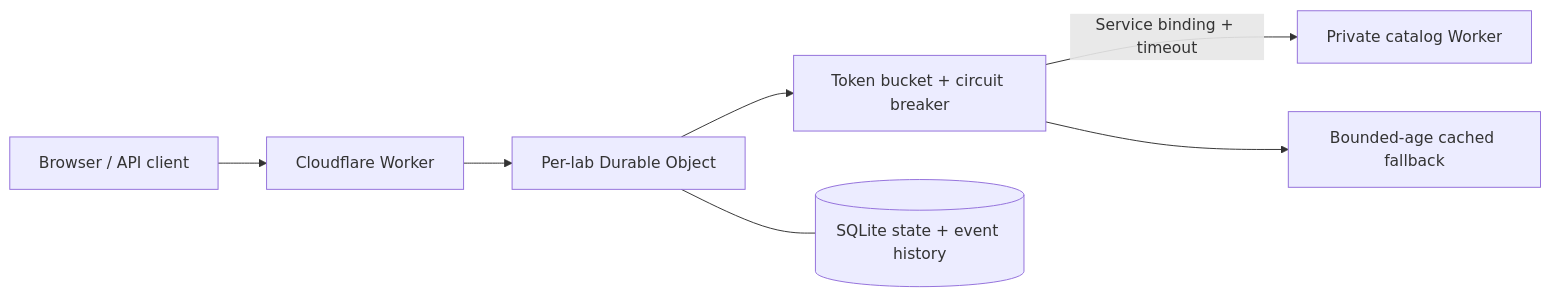
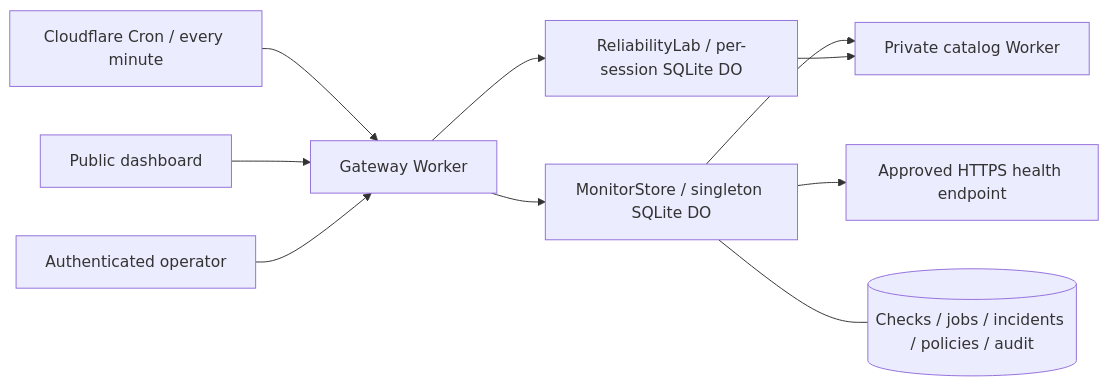
Before and after one commit to HenryWashuHe/edgelab: the diagram in README.md, drawn with Mermaid. The commit also changed other lines of this file and 32 other files, not shown here.

````diff
--- a/README.md
+++ b/README.md
@@ -38,9 +45,12 @@
 ```mermaid
 flowchart LR
-    B[Browser / API client] --> W[Cloudflare Worker]
-    W --> D[Per-lab Durable Object]
-    D --> T[Token bucket + circuit breaker]
-    T -->|Service binding + timeout| O[Private catalog Worker]
-    T --> C[Bounded-age cached fallback]
-    D --- S[(SQLite state + event history)]
+  C[Cloudflare Cron / every minute] --> G[Gateway Worker]
+  B[Public dashboard] --> G
+  A[Authenticated operator] --> G
+  G --> M[MonitorStore / singleton SQLite DO]
+  M --> P[Private catalog Worker]
+  M --> H[Approved HTTPS health endpoint]
+  M --- S[(Checks / jobs / incidents / policies / audit)]
+  G --> L[ReliabilityLab / per-session SQLite DO]
+  L --> P
 ```
````
